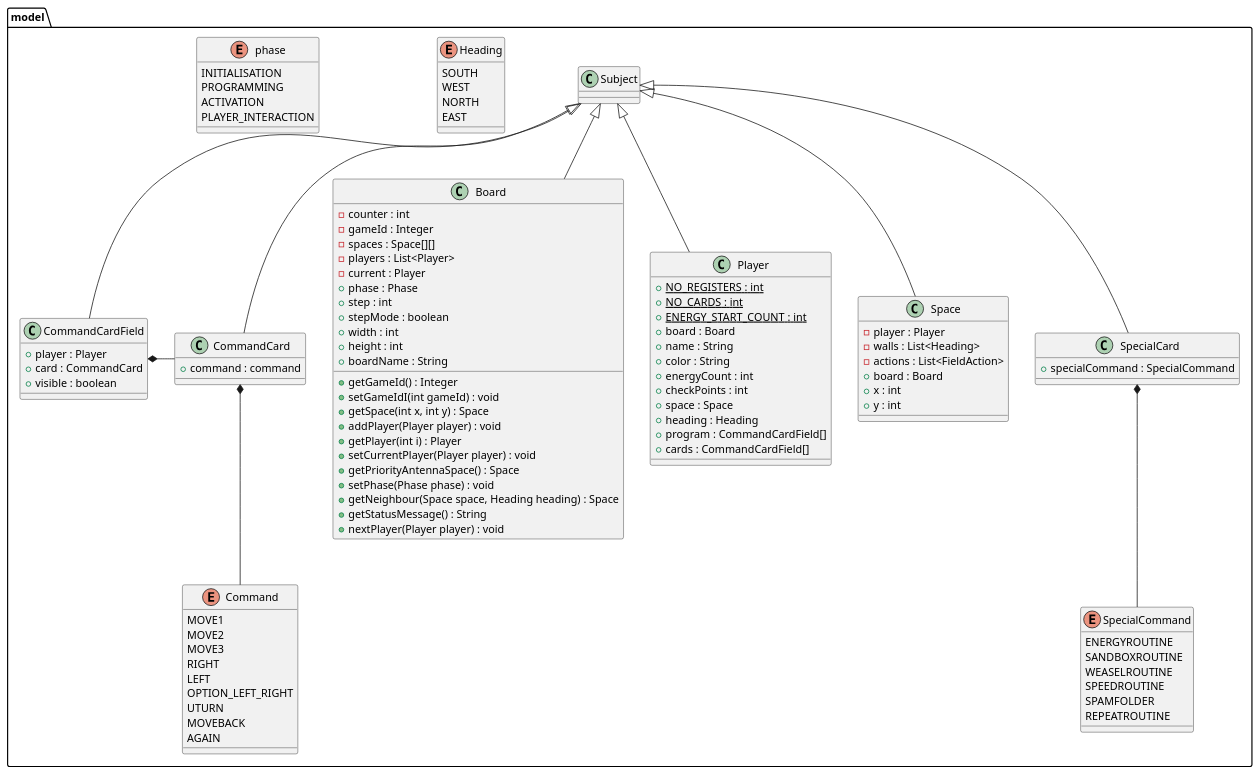
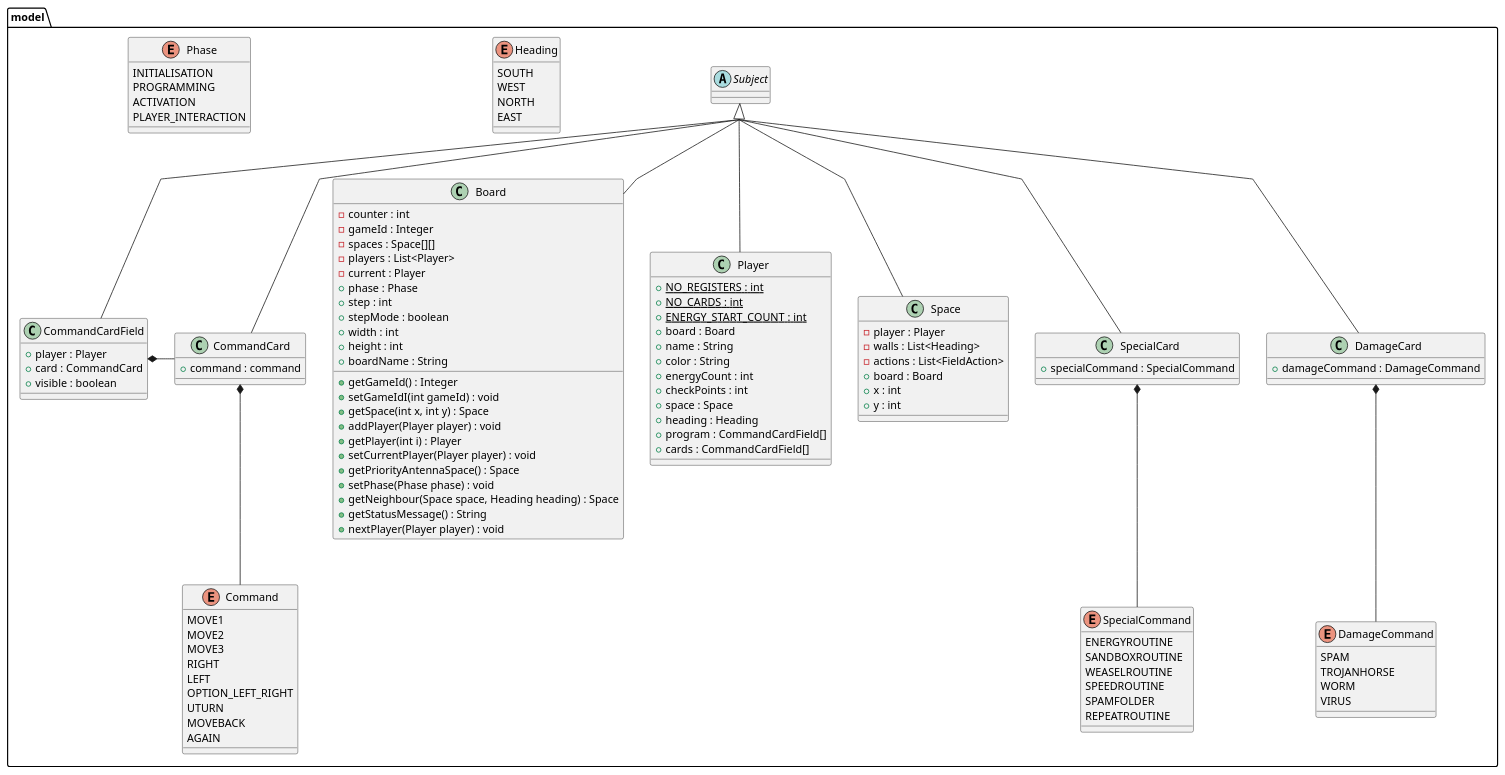
One commit to MikaelFangel/RoboRally changed the diagram in diagrams/DesignClassDiagramPackageModel.puml. Above: the diagram before and after it, drawn with PlantUML. The commit also changed 1 other file, not shown here.

Commit message:
Updated DesignClassDiagramPackageModel.puml and made small change in DamageCard.java.

```diff
--- a/diagrams/DesignClassDiagramPackageModel.puml
+++ b/diagrams/DesignClassDiagramPackageModel.puml
@@ -1,100 +1,114 @@
 @startuml
+skinparam groupInheritance 2
+skinparam linetype polyline
 Package model{
  class Board extends Subject{
    -counter : int
    -gameId : Integer
    -spaces : Space[][]
    -players : List<Player>
    -current : Player
    +phase : Phase
    +step : int
    +stepMode : boolean
    +width : int
    +height : int
    +boardName : String
 
    +getGameId() : Integer
    +setGameIdI(int gameId) : void
    +getSpace(int x, int y) : Space
    +addPlayer(Player player) : void
    +getPlayer(int i) : Player
    +setCurrentPlayer(Player player) : void
    +getPriorityAntennaSpace() : Space
    +setPhase(Phase phase) : void
    +getNeighbour(Space space, Heading heading) : Space
    +getStatusMessage() : String
    +nextPlayer(Player player) : void
  }
  class CommandCard extends Subject{
    +command : command
  }
  class CommandCardField extends Subject{
    +player : Player
    +card : CommandCard
    +visible : boolean
  }
  class Player extends Subject{
    {Static} +NO_REGISTERS : int
    {Static} +NO_CARDS : int
    {Static} +ENERGY_START_COUNT : int
    +board : Board
    +name : String
    +color : String
    +energyCount : int
    +checkPoints : int
    +space : Space
    +heading : Heading
    +program : CommandCardField[]
    +cards : CommandCardField[]
  }
  class Space extends Subject{
    -player : Player
    -walls : List<Heading>
    -actions : List<FieldAction>
    +board : Board
    +x : int
    +y : int
 
  }
  class SpecialCard extends Subject{
    +specialCommand : SpecialCommand
  }
+ class DamageCard extends Subject{
+    +damageCommand : DamageCommand
+ }
+ abstract class Subject{
+ }
+
  enum Command{
    MOVE1
    MOVE2
    MOVE3
    RIGHT
    LEFT
    OPTION_LEFT_RIGHT
    UTURN
    MOVEBACK
    AGAIN
  }
+ enum DamageCommand{
+   SPAM
+   TROJANHORSE
+   WORM
+   VIRUS
+ }
  enum Heading{
   SOUTH
   WEST
   NORTH
   EAST
  }
- enum phase{
+ enum Phase{
    INITIALISATION
    PROGRAMMING
    ACTIVATION
    PLAYER_INTERACTION
  }
  enum SpecialCommand{
     ENERGYROUTINE
     SANDBOXROUTINE
     WEASELROUTINE
     SPEEDROUTINE
     SPAMFOLDER
     REPEATROUTINE
  }
-
+DamageCard *-- DamageCommand
 SpecialCard *-- SpecialCommand
 CommandCard *-- Command
 CommandCardField *- CommandCard
 
 }
 
 @enduml
```
